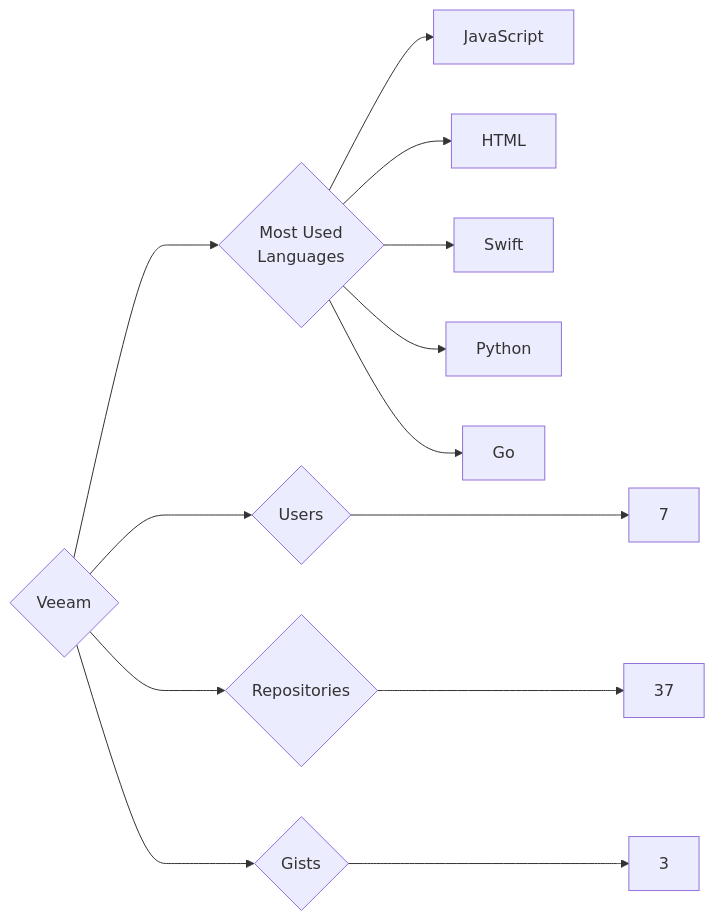
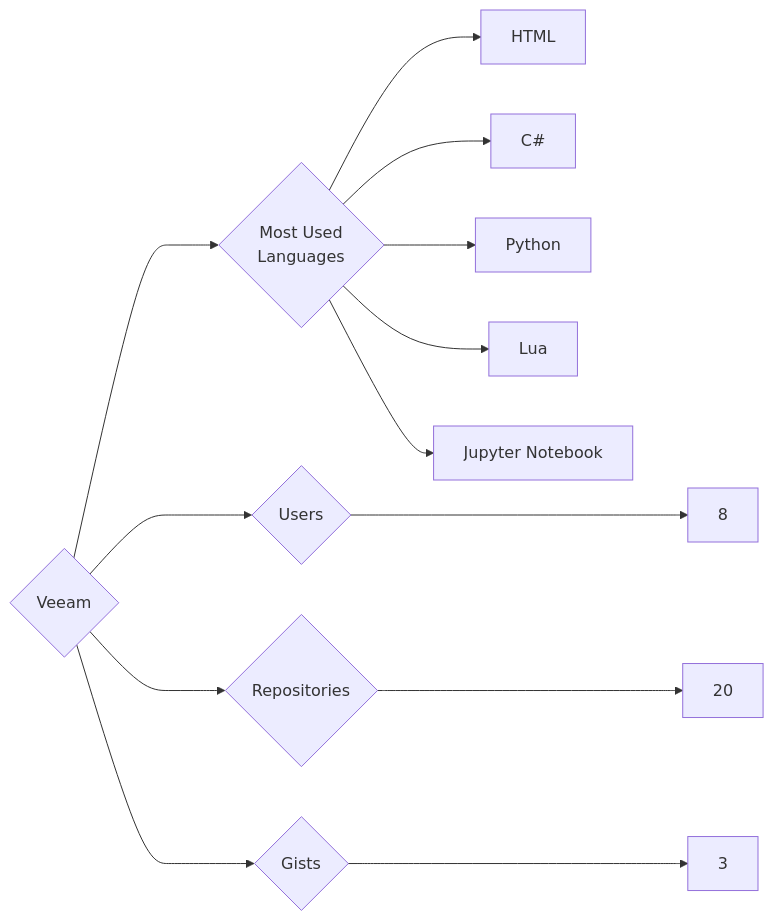
Before and after one commit to trickest/insiders: the diagram in targets/Veeam/README.md, drawn with Mermaid. The commit also changed 965 other files, not shown here.

````diff
--- a/targets/Veeam/README.md
+++ b/targets/Veeam/README.md
@@ -3,13 +3,13 @@
 ```mermaid
 graph LR
 COMPANY_NAME{Veeam}
-COMPANY_NAME ---> U{Users} ---> UN[7]
-COMPANY_NAME ---> R{Repositories} ---> RN[37]
+COMPANY_NAME ---> U{Users} ---> UN[8]
+COMPANY_NAME ---> R{Repositories} ---> RN[20]
 COMPANY_NAME ---> G{Gists} ---> GN[3]
 COMPANY_NAME ---> ML{Most Used<br>Languages}
-ML --> JavaScript[JavaScript]
 ML --> HTML[HTML]
-ML --> Swift[Swift]
+ML --> C#[C#]
 ML --> Python[Python]
-ML --> Go[Go]
+ML --> Lua[Lua]
+ML --> Jupyter_Notebook[Jupyter Notebook]
 ```
````
